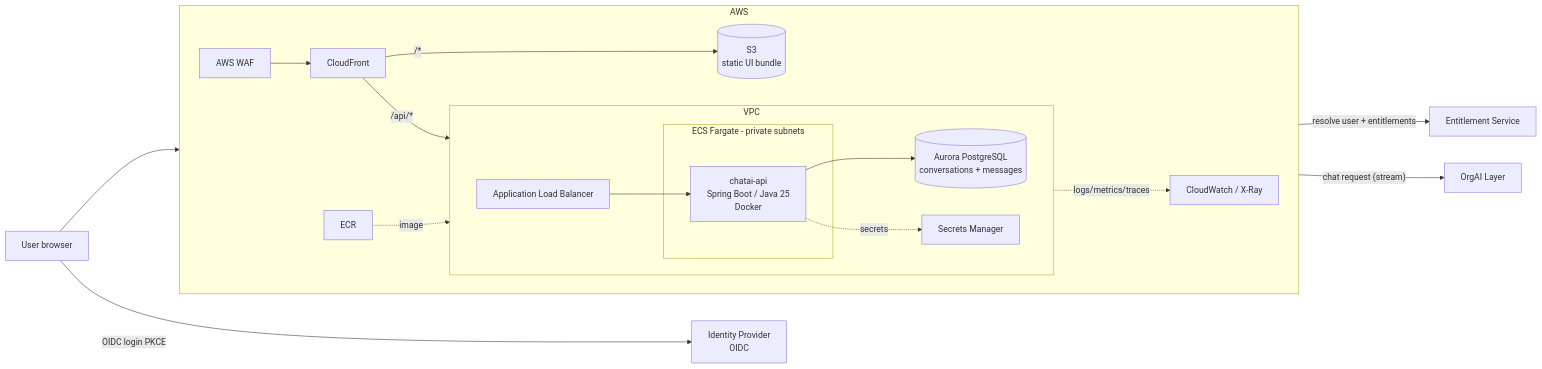
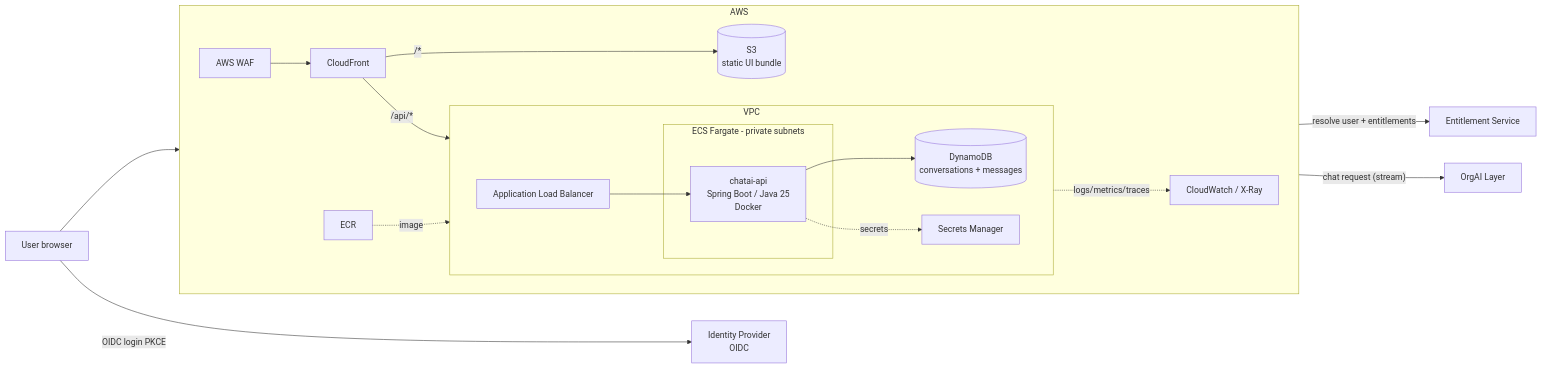
The first of 4 diagrams in docs/architecture.md (chaurasiagautam/chatAI), drawn with Mermaid before and after one commit. The commit also changed other lines of this file, not shown here.

First line of the commit message:
Design: use DynamoDB for chat history and Caffeine for entitlement cache

````diff
--- a/docs/architecture.md
+++ b/docs/architecture.md
@@ -33,38 +33,38 @@
 ```mermaid
 flowchart LR
     U[User browser]
 
     subgraph AWS
         direction LR
         WAF[AWS WAF]
         CF[CloudFront]
         S3[(S3<br/>static UI bundle)]
 
         subgraph VPC
             direction LR
             ALB[Application Load Balancer]
             subgraph ECS[ECS Fargate - private subnets]
                 API[chatai-api<br/>Spring Boot / Java 25<br/>Docker]
             end
-            RDS[(Aurora PostgreSQL<br/>conversations + messages)]
+            DDB[(DynamoDB<br/>conversations + messages)]
             SM[Secrets Manager]
         end
         CW[CloudWatch / X-Ray]
         ECR[ECR]
     end
 
     IDP[Identity Provider<br/>OIDC]
     ENT[Entitlement Service]
     ORG[OrgAI Layer]
 
     U -- OIDC login PKCE --> IDP
     U --> WAF --> CF
     CF -- "/*" --> S3
     CF -- "/api/*" --> ALB --> API
     API -- "resolve user + entitlements" --> ENT
     API -- "chat request (stream)" --> ORG
-    API --> RDS
+    API --> DDB
     API -. secrets .-> SM
     API -. logs/metrics/traces .-> CW
     ECR -. image .-> ECS
 ```
````
